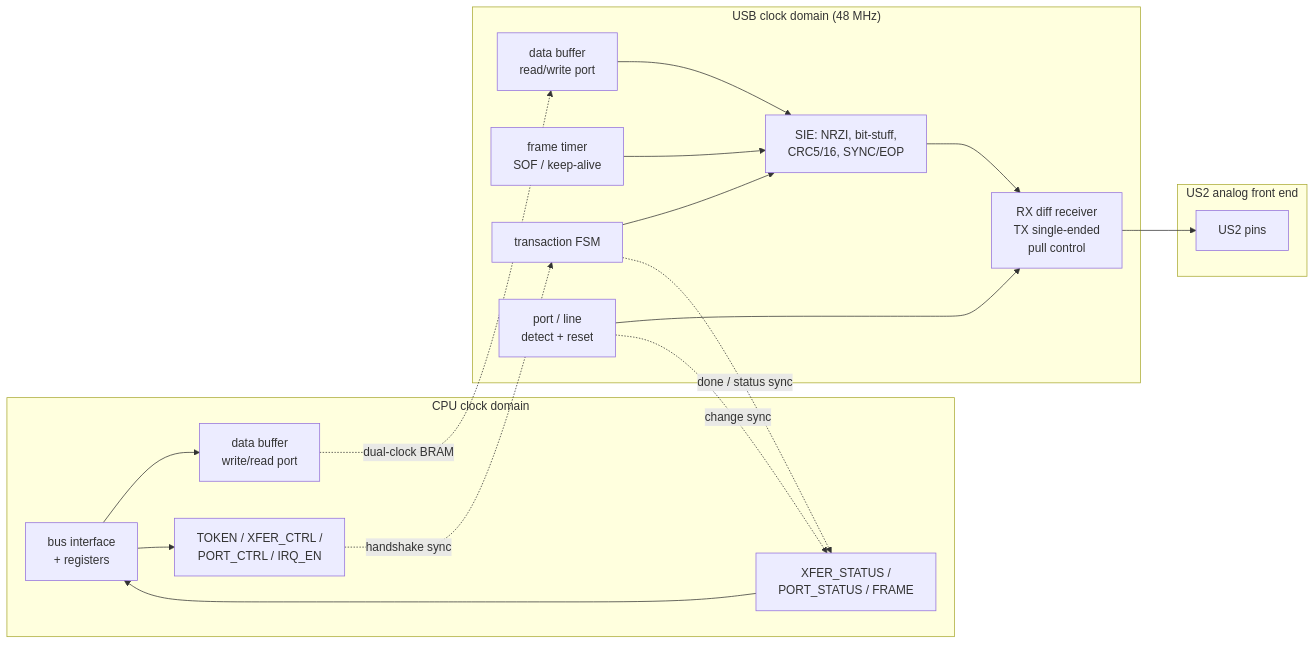
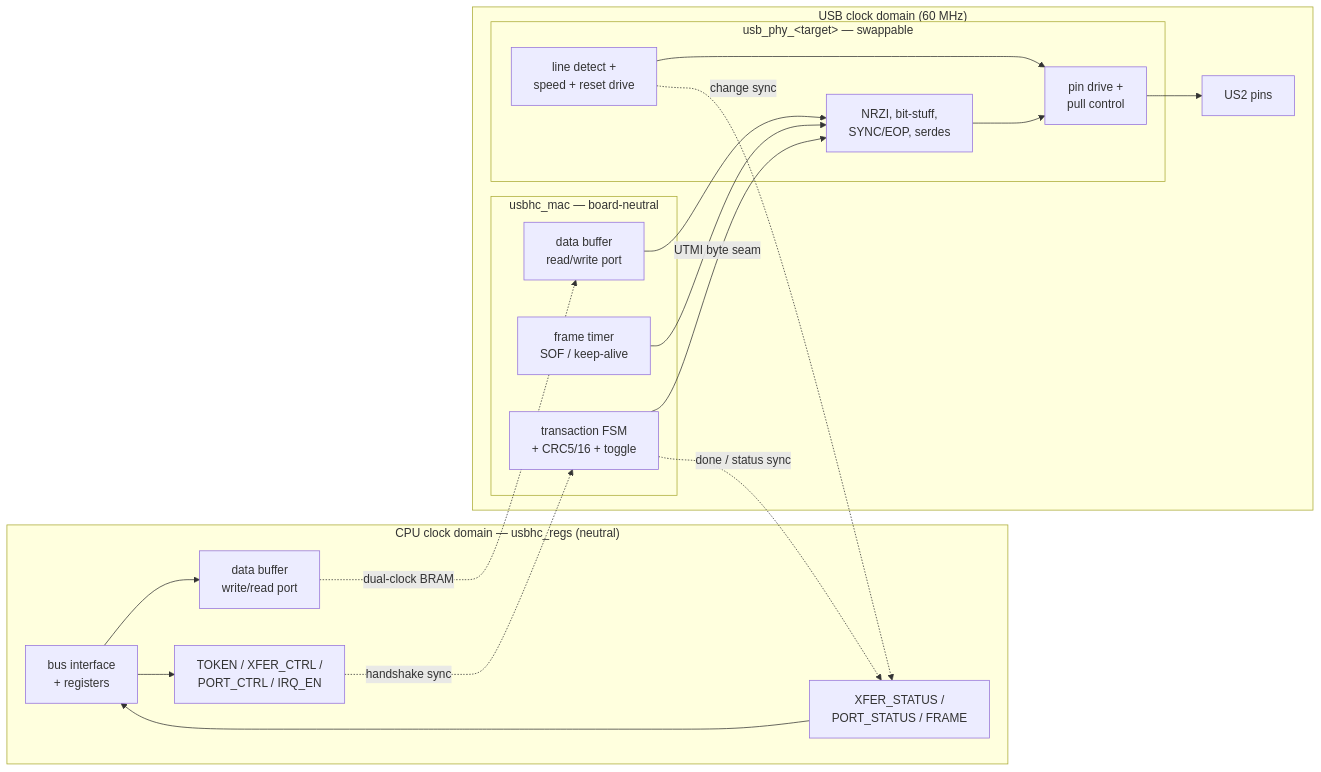
One commit to lonemeow/penumbra-minicomputer changed the first of 3 diagrams in doc/internals/usb-host-controller.md. Above: the diagram before and after it, drawn with Mermaid. The commit also changed other lines of this file, not shown here.

First line of the commit message:
doc: design USB host MAC/PHY split at the UTMI boundary

````diff
--- a/doc/internals/usb-host-controller.md
+++ b/doc/internals/usb-host-controller.md
@@ -28,22 +35,30 @@
 ```mermaid
 flowchart LR
-  subgraph CPUDOM["CPU clock domain"]
+  subgraph CPUDOM["CPU clock domain — usbhc_regs (neutral)"]
     BUS["bus interface\n+ registers"] --> DBUFW["data buffer\nwrite/read port"]
     BUS --> CTL["TOKEN / XFER_CTRL /\nPORT_CTRL / IRQ_EN"]
     STAT["XFER_STATUS /\nPORT_STATUS / FRAME"] --> BUS
   end
-  subgraph USBDOM["USB clock domain (48 MHz)"]
-    TXN["transaction FSM"] --> SIE
-    FRAME["frame timer\nSOF / keep-alive"] --> SIE
-    DBUFR["data buffer\nread/write port"] --> SIE
-    SIE["SIE: NRZI, bit-stuff,\nCRC5/16, SYNC/EOP"] --> AFE
-    PORT["port / line\ndetect + reset"] --> AFE
-  end
-  subgraph AFEBOX["US2 analog front end"]
-    AFE["RX diff receiver\nTX single-ended\npull control"] --> PINS["US2 pins"]
+  subgraph USBDOM["USB clock domain (60 MHz)"]
+    subgraph MACBOX["usbhc_mac — board-neutral"]
+      TXN["transaction FSM\n+ CRC5/16 + toggle"]
+      FRAME["frame timer\nSOF / keep-alive"]
+      DBUFR["data buffer\nread/write port"]
+    end
+    subgraph PHYBOX["usb_phy_&lt;target&gt; — swappable"]
+      SIE["NRZI, bit-stuff,\nSYNC/EOP, serdes"]
+      PORT["line detect +\nspeed + reset drive"]
+      AFE["pin drive +\npull control"]
+    end
+    TXN -- "UTMI byte seam" --> SIE
+    FRAME --> SIE
+    DBUFR --> SIE
+    SIE --> AFE
+    PORT --> AFE
+    AFE --> PINS["US2 pins"]
   end
   CTL -. "handshake sync" .-> TXN
   TXN -. "done / status sync" .-> STAT
   PORT -. "change sync" .-> STAT
   DBUFW -. "dual-clock BRAM" .-> DBUFR
 ```
````
